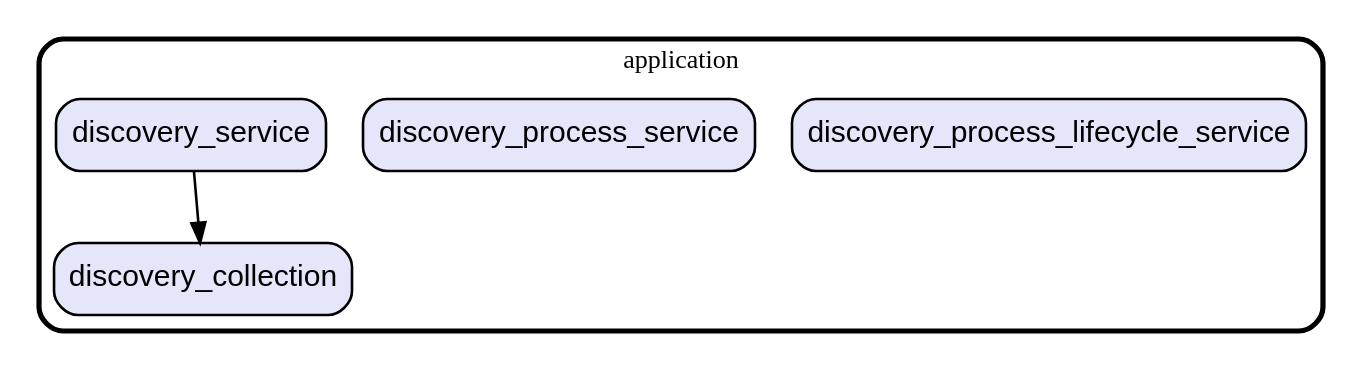
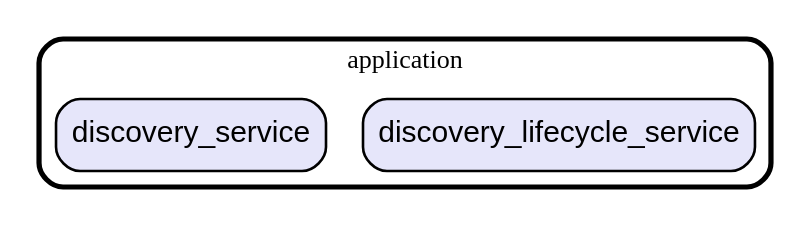
The diagram in graph/lib/features/discovery/application.dot (gev/reacthome-mobile), drawn with Graphviz before and after one commit. The commit also changed 13 other files, not shown here.

Commit message:
update the modules dependencies graph

```diff
--- a/graph/lib/features/discovery/application.dot
+++ b/graph/lib/features/discovery/application.dot
@@ -1,17 +1,12 @@
 digraph "" {
   graph [style=rounded fontname="Arial Black" fontsize=13 penwidth=2.6];
   node [shape=rect style="filled,rounded" fontname=Arial fontsize=15 fillcolor=Lavender penwidth=1.3];
   edge [penwidth=1.3];
-  "/discovery_process_lifecycle_service.dart" [label="discovery_process_lifecycle_service"];
-  "/discovery_process_service.dart" [label="discovery_process_service"];
-  "/discovery_collection.dart" [label="discovery_collection"];
+  "/discovery_lifecycle_service.dart" [label="discovery_lifecycle_service"];
   "/discovery_service.dart" [label="discovery_service"];
   subgraph "cluster~" {
     label="application";
-    "/discovery_process_lifecycle_service.dart";
-    "/discovery_process_service.dart";
-    "/discovery_collection.dart";
+    "/discovery_lifecycle_service.dart";
     "/discovery_service.dart";
   }
-  "/discovery_service.dart" -> "/discovery_collection.dart";
 }
```
